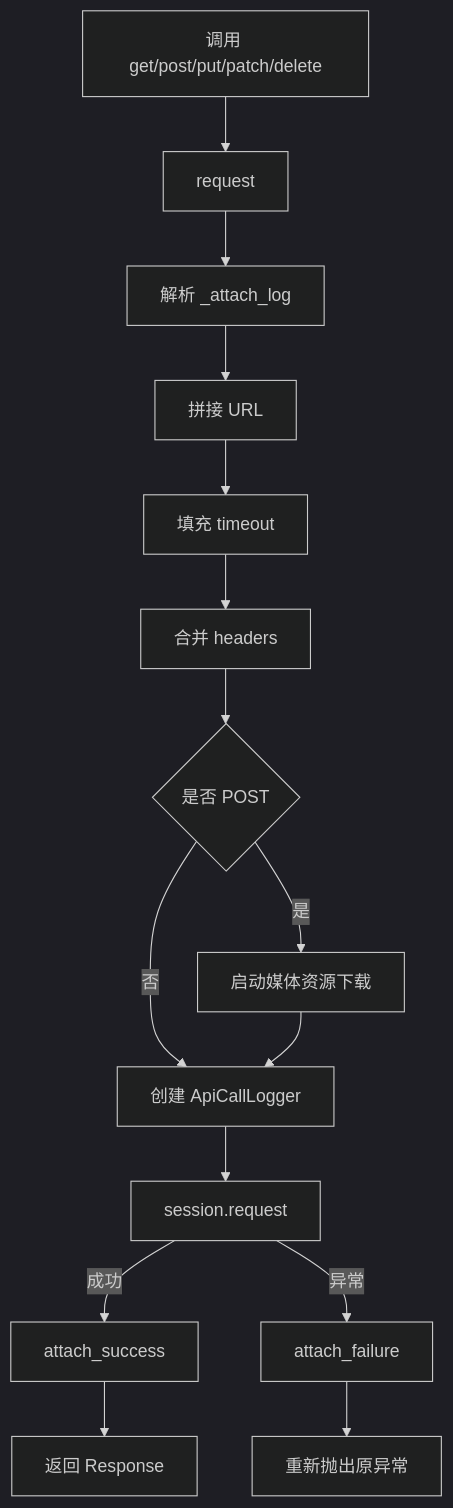
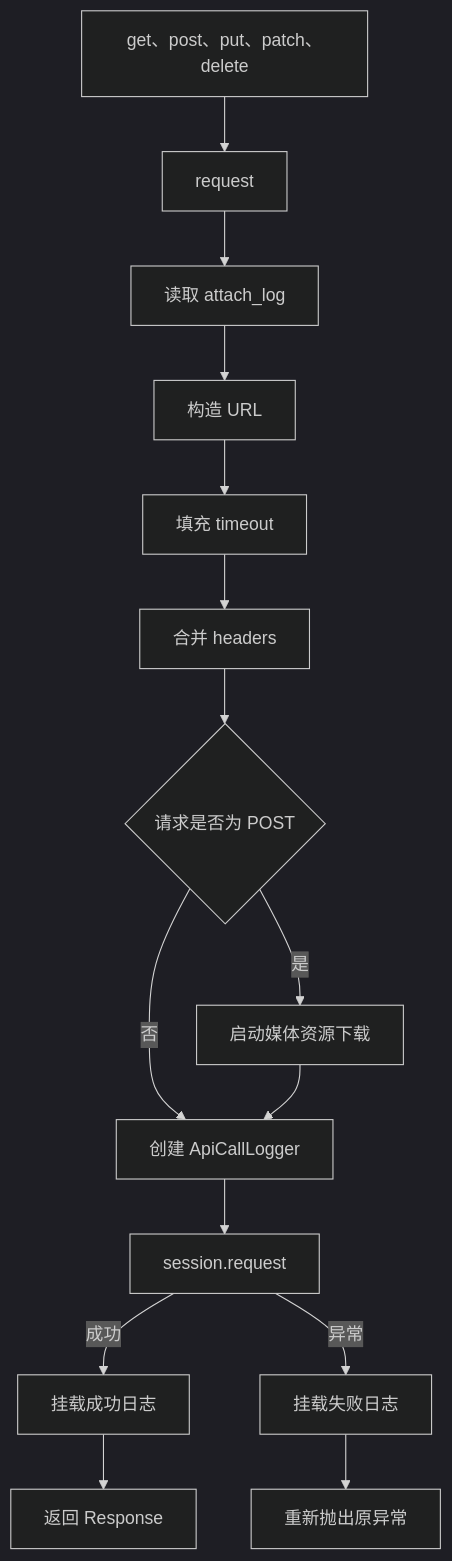
The third of 20 diagrams in course/DAY01_EVOLUTION_PROBLEM_MAP.md (wjy801/llm_api_case), drawn with Mermaid (dark theme) before and after one commit. The commit also changed other lines of this file, not shown here.

````diff
--- a/course/DAY01_EVOLUTION_PROBLEM_MAP.md
+++ b/course/DAY01_EVOLUTION_PROBLEM_MAP.md
@@ -105,17 +85,17 @@
 ```mermaid
 flowchart TD
-    A[调用 get/post/put/patch/delete] --> B[request]
-    B --> C[解析 _attach_log]
-    C --> D[拼接 URL]
-    D --> E[填充 timeout]
-    E --> F[合并 headers]
-    F --> G{是否 POST}
-    G -- 是 --> H[启动媒体资源下载]
-    G -- 否 --> I[创建 ApiCallLogger]
+    A["get、post、put、patch、delete"] --> B["request"]
+    B --> C["读取 attach_log"]
+    C --> D["构造 URL"]
+    D --> E["填充 timeout"]
+    E --> F["合并 headers"]
+    F --> G{"请求是否为 POST"}
+    G -->|"是"| H["启动媒体资源下载"]
+    G -->|"否"| I["创建 ApiCallLogger"]
     H --> I
-    I --> J[session.request]
-    J -->|成功| K[attach_success]
-    J -->|异常| L[attach_failure]
-    K --> M[返回 Response]
-    L --> N[重新抛出原异常]
+    I --> J["session.request"]
+    J -->|"成功"| K["挂载成功日志"]
+    J -->|"异常"| L["挂载失败日志"]
+    K --> M["返回 Response"]
+    L --> N["重新抛出原异常"]
 ```
````
